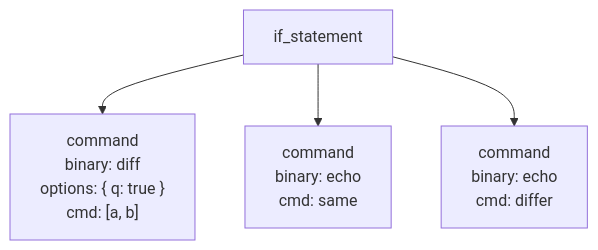
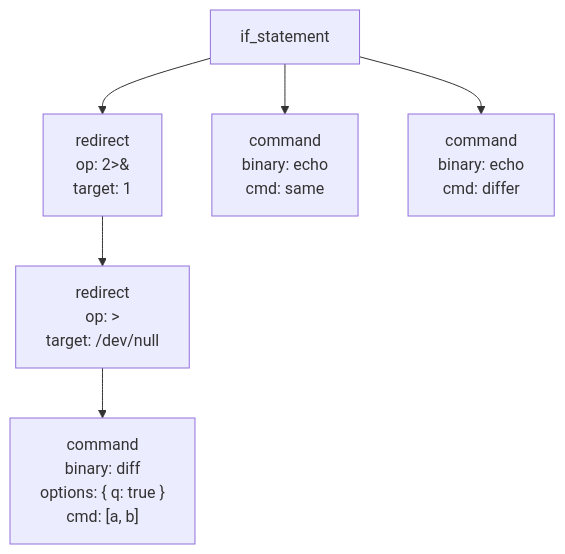
Before and after one commit to ashleydavis/expressive-permissions: the fifth of 8 diagrams in docs/HOW_IT_WORKS.md, drawn with Mermaid. The commit also changed other lines of this file and 131 other files, not shown here.

````diff
--- a/docs/HOW_IT_WORKS.md
+++ b/docs/HOW_IT_WORKS.md
@@ -87,6 +97,8 @@
 ```mermaid
 graph TD
-  If["if_statement"] --> Cond["command<br/>binary: diff<br/>options: { q: true }<br/>cmd: [a, b]"]
+  If["if_statement"] --> CondRedirect["redirect<br/>op: 2&gt;&amp;<br/>target: 1"]
+  CondRedirect --> CondOut["redirect<br/>op: &gt;<br/>target: /dev/null"]
+  CondOut --> Cond["command<br/>binary: diff<br/>options: { q: true }<br/>cmd: [a, b]"]
   If --> Then["command<br/>binary: echo<br/>cmd: same"]
   If --> Else["command<br/>binary: echo<br/>cmd: differ"]
 ```
````
